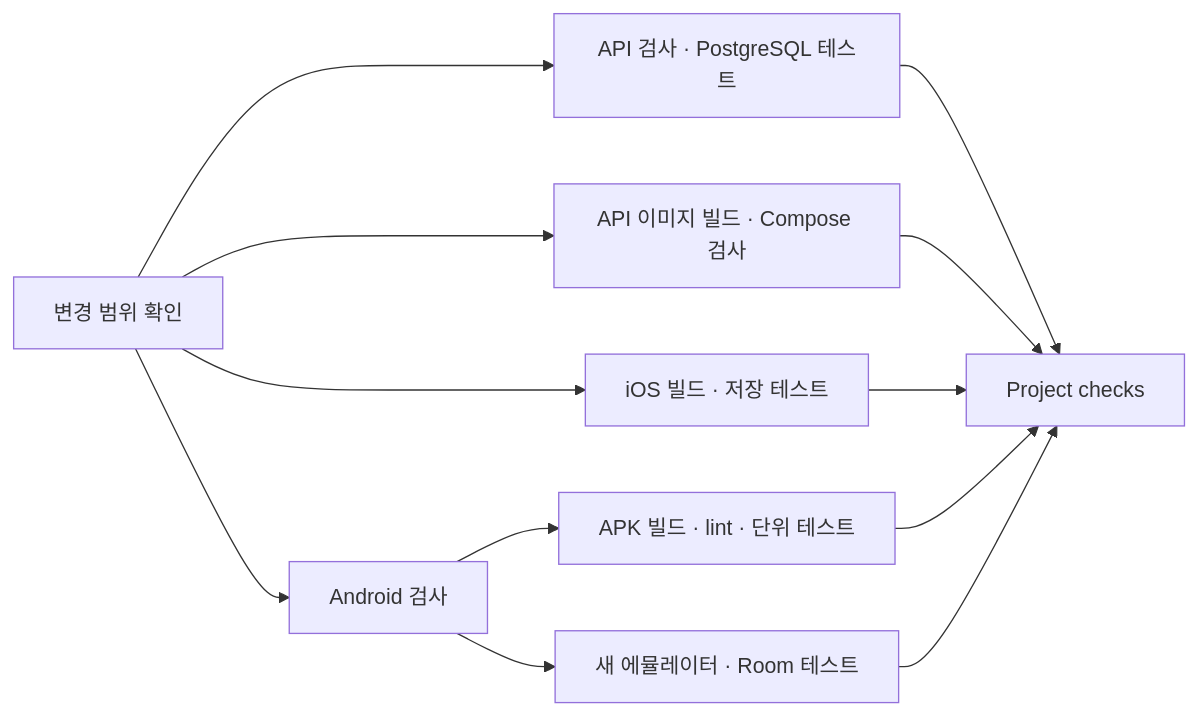
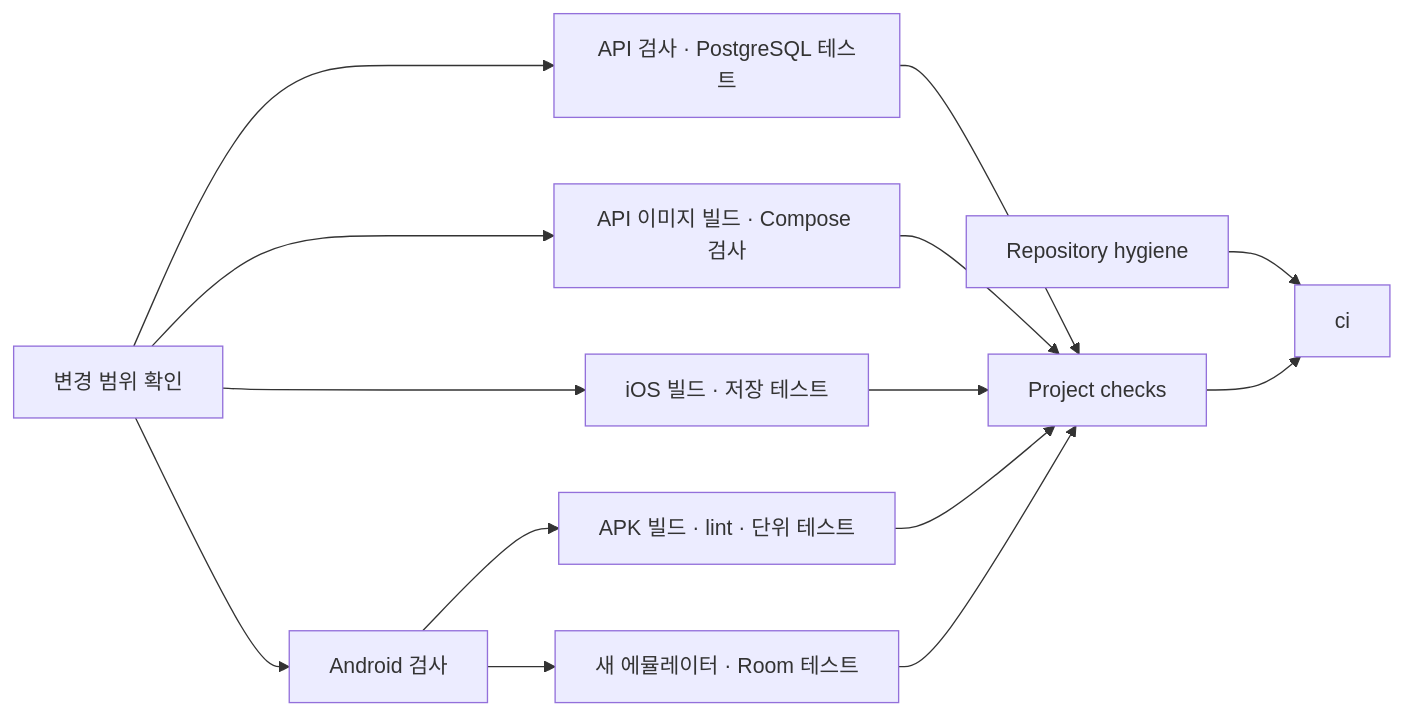
One commit to minjunkim-dev/smallnext changed the diagram in docs/CI.md. Above: the diagram before and after it, drawn with Mermaid. The commit also changed other lines of this file and 9 other files, not shown here.

````diff
--- a/docs/CI.md
+++ b/docs/CI.md
@@ -17,14 +17,16 @@
 ```mermaid
 flowchart LR
     scope[변경 범위 확인] --> api[API 검사 · PostgreSQL 테스트]
     scope --> image[API 이미지 빌드 · Compose 검사]
     scope --> ios[iOS 빌드 · 저장 테스트]
     scope --> android[Android 검사]
     android --> build[APK 빌드 · lint · 단위 테스트]
     android --> device[새 에뮬레이터 · Room 테스트]
     api --> gate[Project checks]
     image --> gate
     ios --> gate
     build --> gate
     device --> gate
+    hygiene[Repository hygiene] --> ci[ci]
+    gate --> ci
 ```
````
